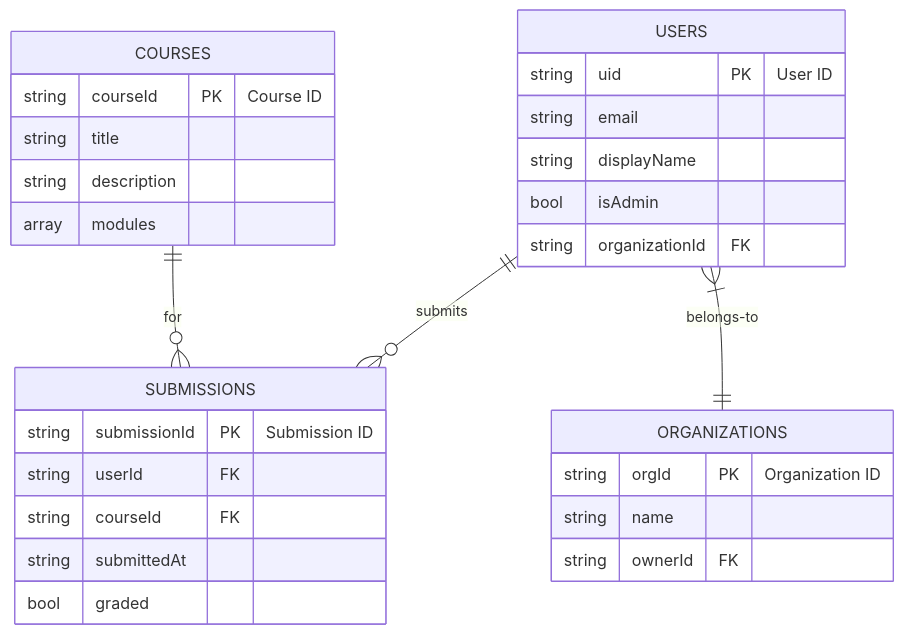
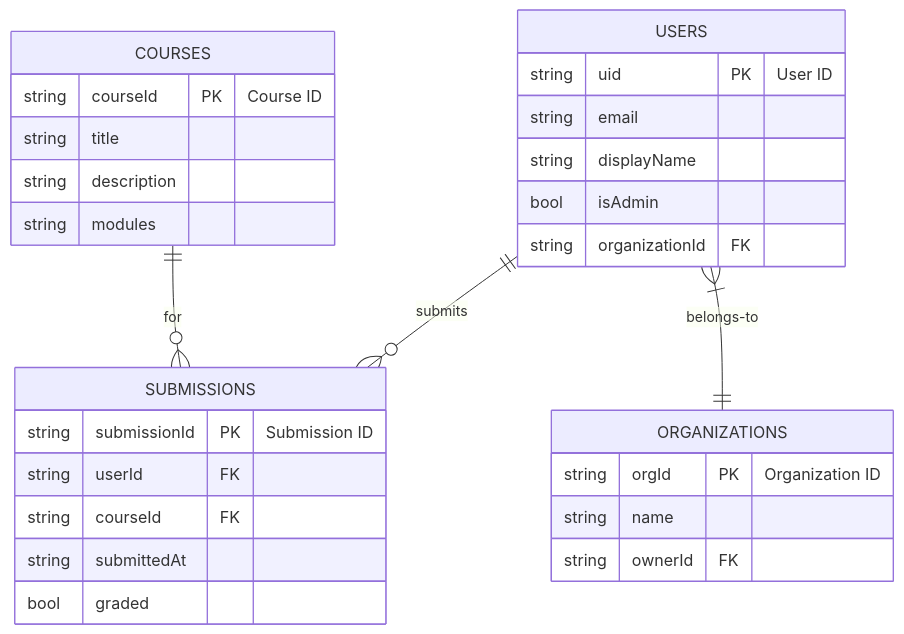
The sixth of 6 diagrams in src/markdown_files/VISUAL_FRAMEWORK.md (Kmaina32/Ubuntu-Academy-), drawn with Mermaid before and after one commit. The commit also changed other lines of this file, not shown here.

````diff
--- a/src/markdown_files/VISUAL_FRAMEWORK.md
+++ b/src/markdown_files/VISUAL_FRAMEWORK.md
@@ -185,35 +185,35 @@
 ```mermaid
 erDiagram
     USERS {
         string uid PK "User ID"
         string email
         string displayName
         bool isAdmin
         string organizationId FK
     }
 
     COURSES {
         string courseId PK "Course ID"
         string title
         string description
-        array modules
+        string modules
     }
 
     SUBMISSIONS {
         string submissionId PK "Submission ID"
         string userId FK
         string courseId FK
         string submittedAt
         bool graded
     }
 
     ORGANIZATIONS {
         string orgId PK "Organization ID"
         string name
         string ownerId FK
     }
 
     USERS ||--o{ SUBMISSIONS : submits
     COURSES ||--o{ SUBMISSIONS : for
     USERS }|--|| ORGANIZATIONS : belongs-to
 ```
````
